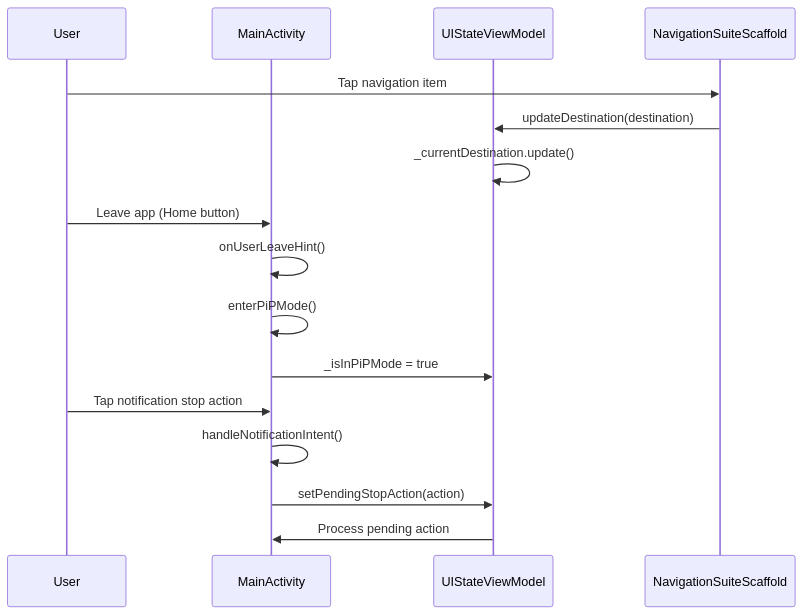
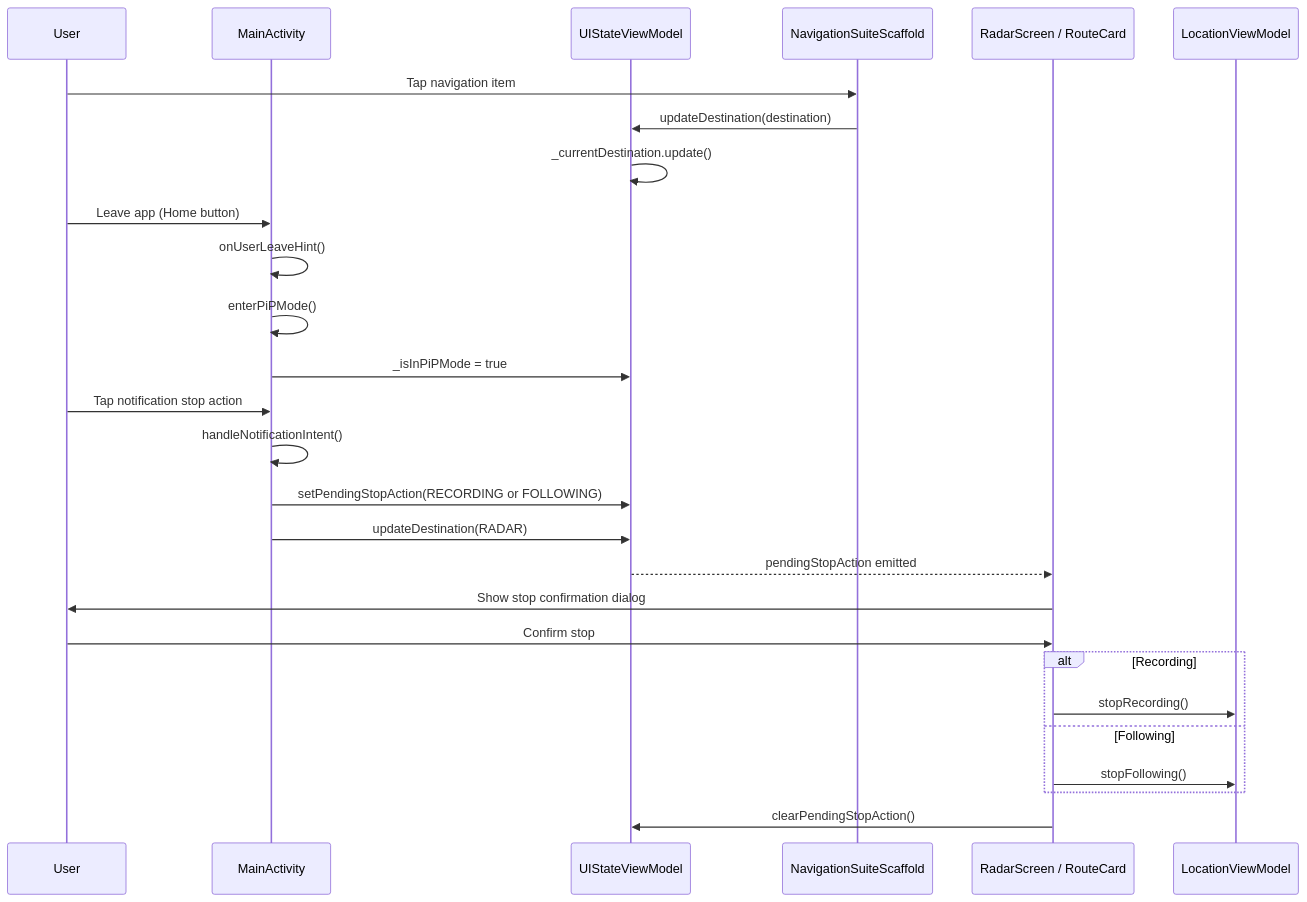
The fifth of 7 diagrams in docs/architecture/data-flow.md (ameraldo/Radar), drawn with Mermaid before and after one commit. The commit also changed other lines of this file and 19 other files, not shown here.

Commit message:
Added configurable recording/following distances

````diff
--- a/docs/architecture/data-flow.md
+++ b/docs/architecture/data-flow.md
@@ -157,21 +171,33 @@
 ```mermaid
 sequenceDiagram
     participant User
     participant Main as MainActivity
     participant UIStateVM as UIStateViewModel
     participant Nav as NavigationSuiteScaffold
+    participant Radar as RadarScreen / RouteCard
+    participant VM as LocationViewModel
 
     User->>Nav: Tap navigation item
     Nav->>UIStateVM: updateDestination(destination)
     UIStateVM->>UIStateVM: _currentDestination.update()
 
     User->>Main: Leave app (Home button)
     Main->>Main: onUserLeaveHint()
     Main->>Main: enterPiPMode()
     Main->>UIStateVM: _isInPiPMode = true
 
     User->>Main: Tap notification stop action
     Main->>Main: handleNotificationIntent()
-    Main->>UIStateVM: setPendingStopAction(action)
-    UIStateVM->>Main: Process pending action
+    Main->>UIStateVM: setPendingStopAction(RECORDING or FOLLOWING)
+    Main->>UIStateVM: updateDestination(RADAR)
+    UIStateVM-->>Radar: pendingStopAction emitted
+    Radar->>User: Show stop confirmation dialog
+
+    User->>Radar: Confirm stop
+    alt Recording
+        Radar->>VM: stopRecording()
+    else Following
+        Radar->>VM: stopFollowing()
+    end
+    Radar->>UIStateVM: clearPendingStopAction()
 ```
````
